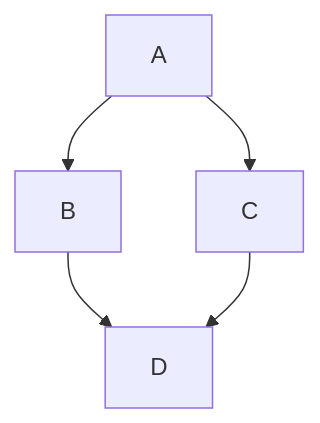
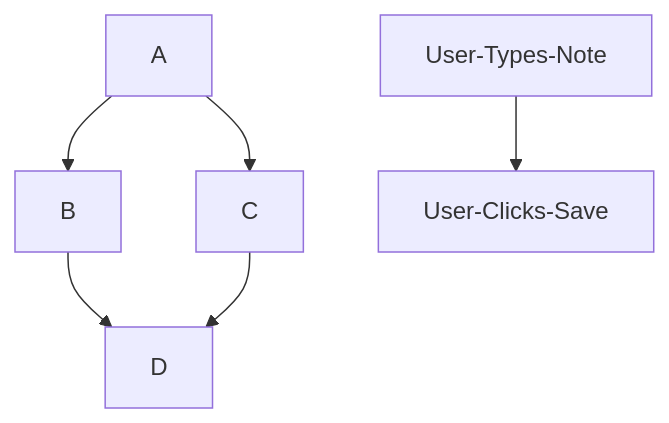
Before and after one commit to kryyyo/full-stack-open-submissions: the diagram in part0/part0.md, drawn with Mermaid.

````diff
--- a/part0/part0.md
+++ b/part0/part0.md
@@ -3,7 +3,8 @@
 ```mermaid
 graph TD;
     A-->B;
     A-->C;
     B-->D;
     C-->D;
+    User-Types-Note --> User-Clicks-Save;
 ```
````
